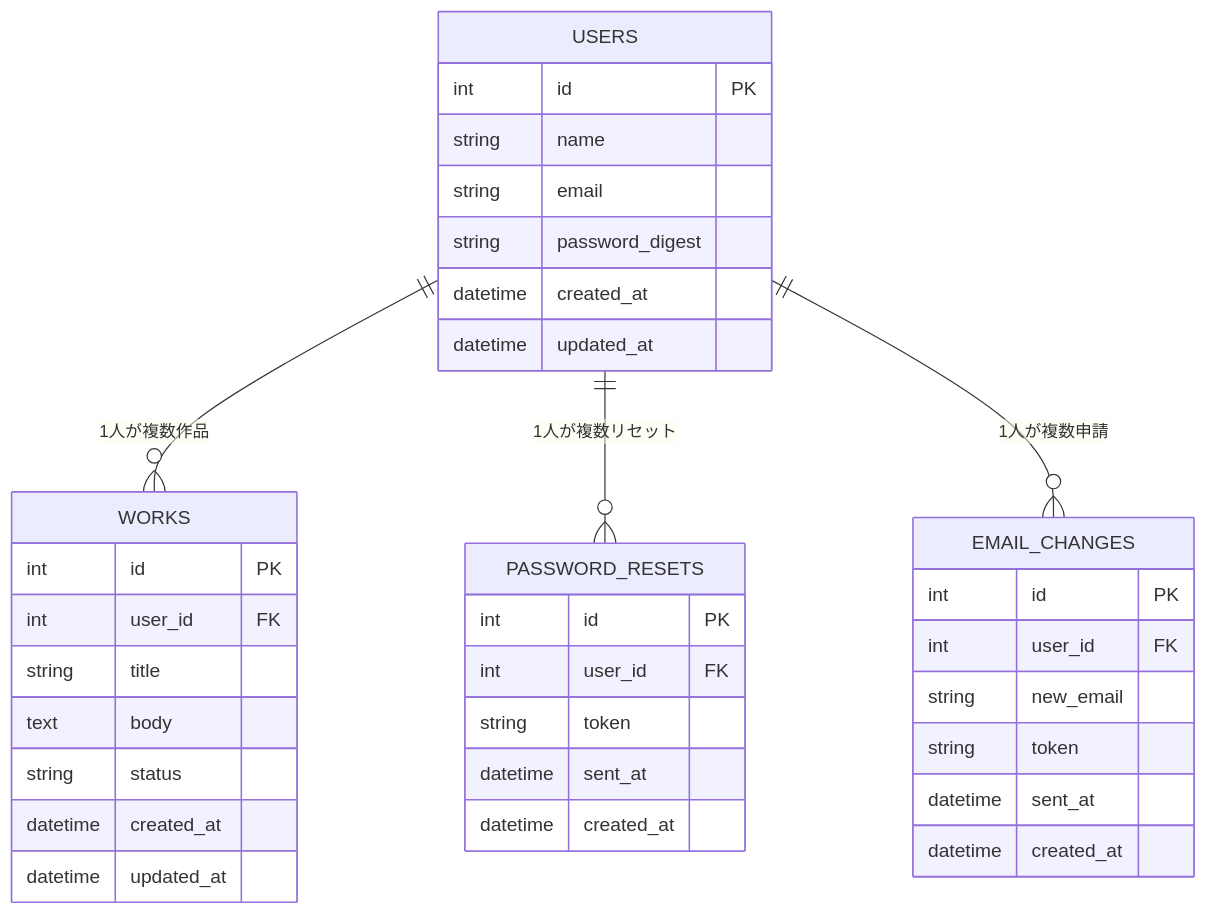
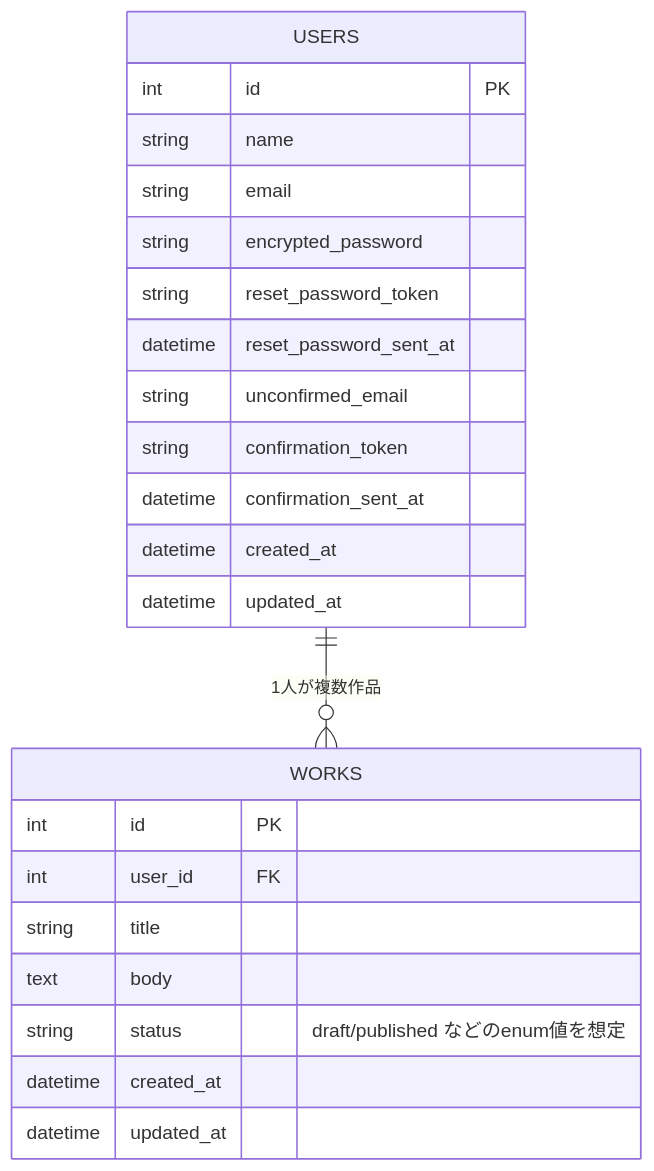
One commit to maigo575/edimego changed the diagram in er_diagram.md. Above: the diagram before and after it, drawn with Mermaid.

Commit message:
修正１

````diff
--- a/er_diagram.md
+++ b/er_diagram.md
@@ -1,39 +1,27 @@
 ```mermaid
 erDiagram
     USERS {
       int id PK
       string name
       string email
-      string password_digest
+      string encrypted_password
+      string reset_password_token
+      datetime reset_password_sent_at
+      string unconfirmed_email
+      string confirmation_token
+      datetime confirmation_sent_at
       datetime created_at
       datetime updated_at
     }
     WORKS {
       int id PK
       int user_id FK
       string title
       text body
-      string status
+      string status  "draft/published などのenum値を想定"
       datetime created_at
       datetime updated_at
     }
-    PASSWORD_RESETS {
-      int id PK
-      int user_id FK
-      string token
-      datetime sent_at
-      datetime created_at
-    }
-    EMAIL_CHANGES {
-      int id PK
-      int user_id FK
-      string new_email
-      string token
-      datetime sent_at
-      datetime created_at
-    }
 
     USERS ||--o{ WORKS : "1人が複数作品"
-    USERS ||--o{ PASSWORD_RESETS : "1人が複数リセット"
-    USERS ||--o{ EMAIL_CHANGES : "1人が複数申請"
 ``` 
````
